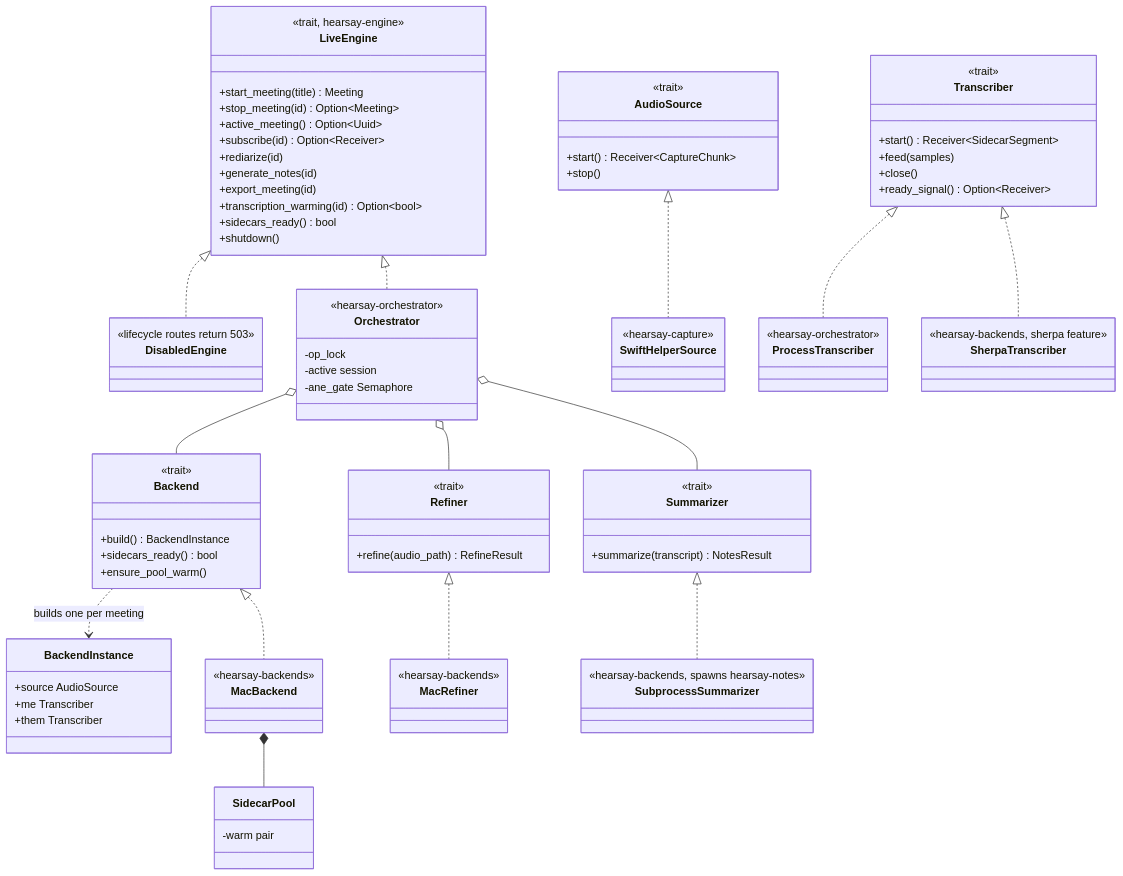
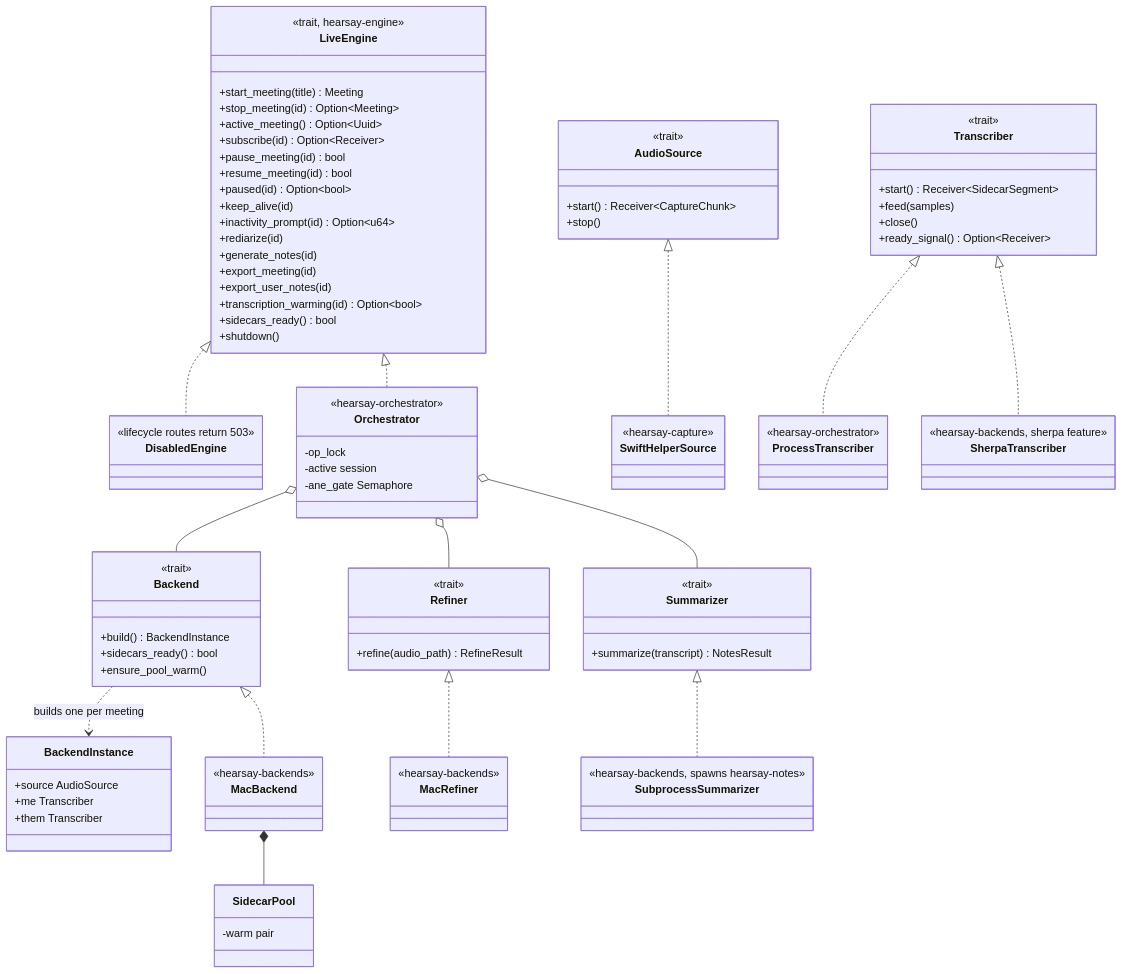
The third of 7 diagrams in docs/architecture.md (rwiseman87/hearsay), drawn with Mermaid before and after one commit. The commit also changed other lines of this file and 17 other files, not shown here.

```diff
--- a/docs/architecture.md
+++ b/docs/architecture.md
@@ -144,9 +155,15 @@
         +stop_meeting(id) Option~Meeting~
         +active_meeting() Option~Uuid~
         +subscribe(id) Option~Receiver~
+        +pause_meeting(id) bool
+        +resume_meeting(id) bool
+        +paused(id) Option~bool~
+        +keep_alive(id)
+        +inactivity_prompt(id) Option~u64~
         +rediarize(id)
         +generate_notes(id)
         +export_meeting(id)
+        +export_user_notes(id)
         +transcription_warming(id) Option~bool~
         +sidecars_ready() bool
         +shutdown()
```
